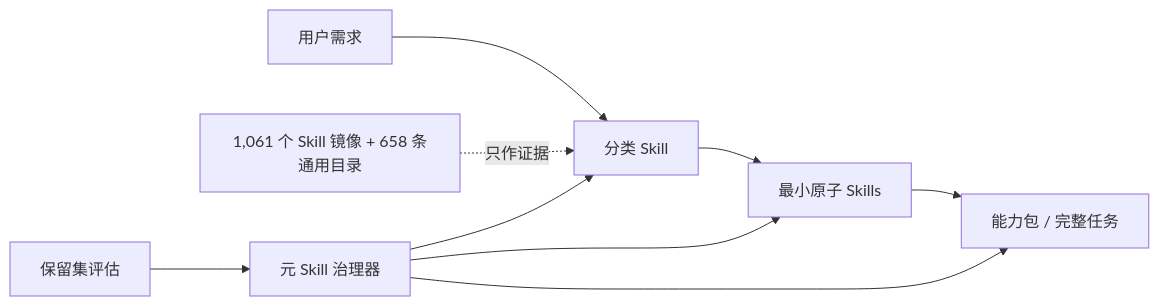
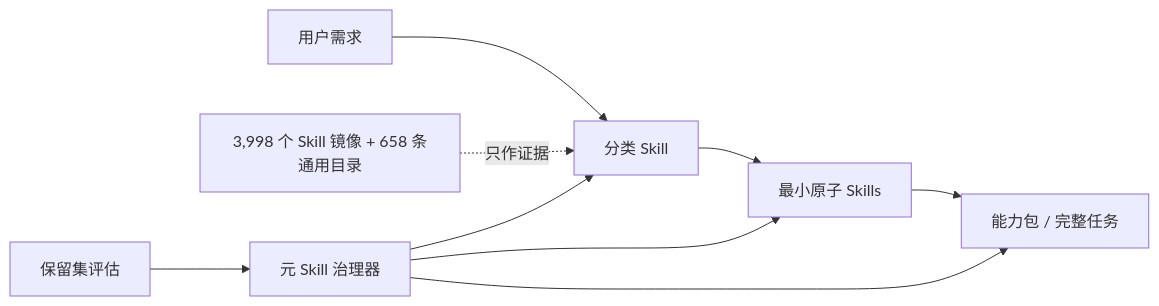
The diagram in README.zh-CN.md (WnagoiYy/skillpack-one), drawn with Mermaid before and after one commit. The commit also changed other lines of this file and 473 other files, not shown here.

````diff
--- a/README.zh-CN.md
+++ b/README.zh-CN.md
@@ -15,11 +15,11 @@
 ```mermaid
 flowchart LR
     R[用户需求] --> C[分类 Skill]
     C --> A[最小原子 Skills]
     A --> P[能力包 / 完整任务]
-    U[1,061 个 Skill 镜像 + 658 条通用目录] -. 只作证据 .-> C
+    U[3,998 个 Skill 镜像 + 658 条通用目录] -. 只作证据 .-> C
     M[元 Skill 治理器] --> C
     M --> A
     M --> P
     E[保留集评估] --> M
 ```
````
